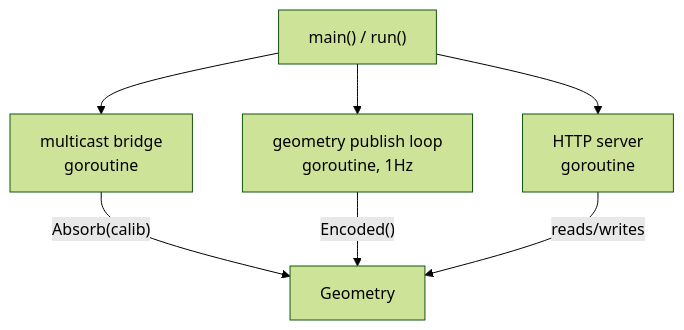
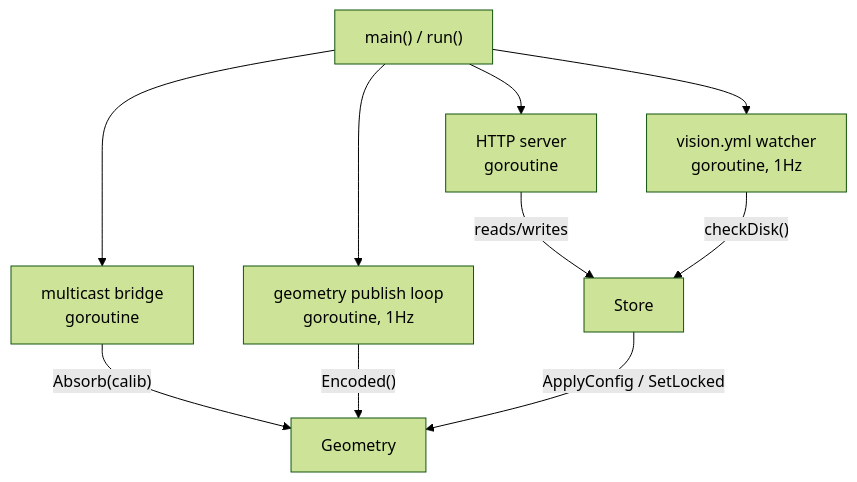
The second of 4 diagrams in gui/ARCHITECTURE.md (RoboCup-SSL/ssl-vision-processor), drawn with Mermaid (forest theme) before and after one commit. The commit also changed other lines of this file and 54 other files, not shown here.

````diff
--- a/gui/ARCHITECTURE.md
+++ b/gui/ARCHITECTURE.md
@@ -51,14 +51,18 @@
 ```mermaid
 graph TD
     main["main() / run()"]
     http["HTTP server\ngoroutine"]
     bridge["multicast bridge\ngoroutine"]
     publish["geometry publish loop\ngoroutine, 1Hz"]
+    watch["vision.yml watcher\ngoroutine, 1Hz"]
 
     main --> http
     main --> bridge
     main --> publish
+    main --> watch
     bridge -- "Absorb(calib)" --> Geometry
     publish -- "Encoded()" --> Geometry
-    http -- "reads/writes" --> Geometry
+    http -- "reads/writes" --> Store
+    watch -- "checkDisk()" --> Store
+    Store -- "ApplyConfig / SetLocked" --> Geometry
 ```
````
